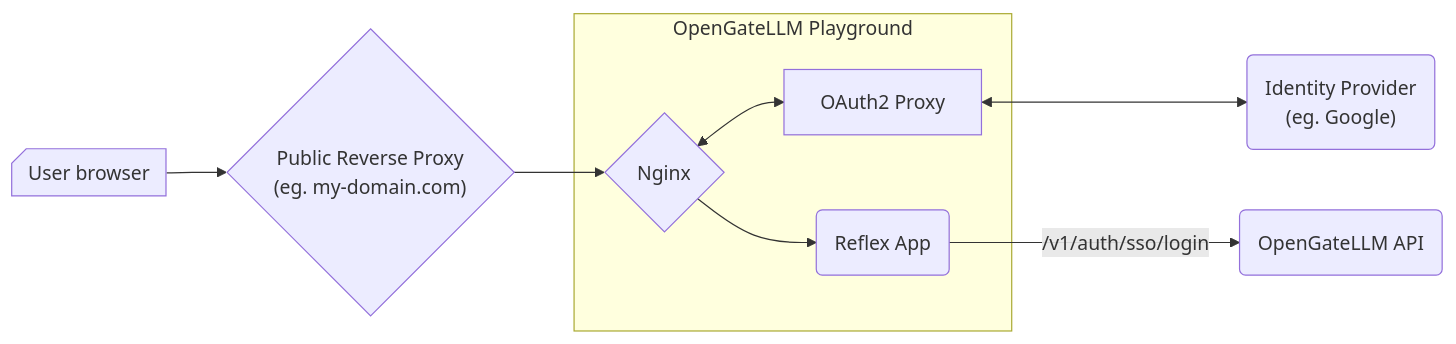
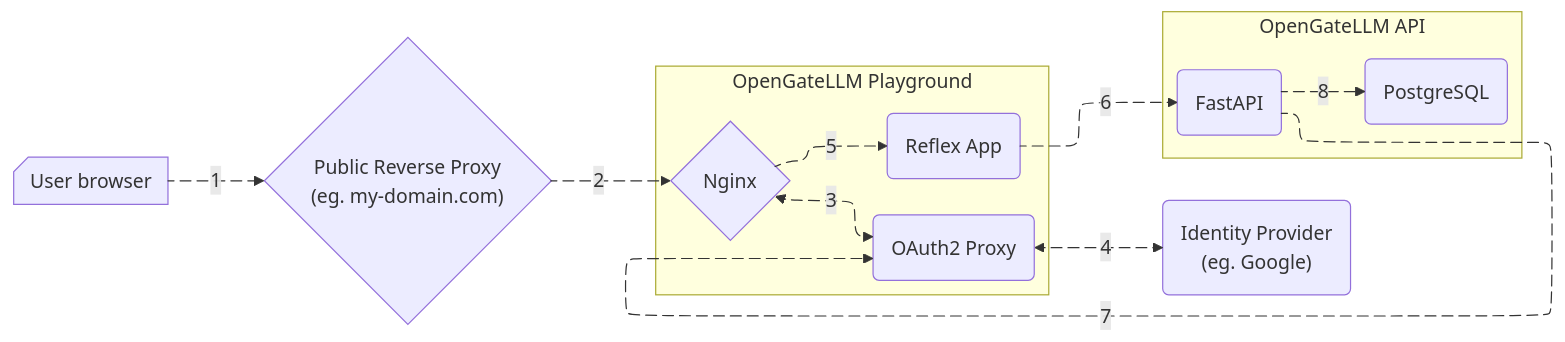
One commit to etalab-ia/OpenGateLLM changed the diagram in docs/src/content/docs/features/sso.mdx. Above: the diagram before and after it, drawn with Mermaid. The commit also changed other lines of this file and 40 other files, not shown here.

````diff
--- a/docs/src/content/docs/features/sso.mdx
+++ b/docs/src/content/docs/features/sso.mdx
@@ -13,21 +16,41 @@
 ```mermaid
+---
+config:
+  layout: elk
+---
 flowchart LR
     user@{ shape: notch-rect, label: "User browser" }
     rp-public{"Public Reverse Proxy<br>(eg. my-domain.com)"}
-    api("OpenGateLLM API")
+
     idp("Identity Provider<br>(eg. Google)")
-    
+
     subgraph playground [OpenGateLLM Playground]
         rp-playground{"Nginx"}
-        reflex("Reflex App")
-          
-        oauth2["OAuth2 Proxy"]    
-        rp-playground <--> oauth2
-        rp-playground --> reflex
+        oauth2("OAuth2 Proxy")
+        reflex("Reflex App")  
+        rp-playground e1@-->|5| reflex
+        rp-playground e2@<-->|3| oauth2
+
     end
 
-    user --> rp-public
-    rp-public --> rp-playground
-    oauth2 <--> idp
-    reflex -->|"/v1/auth/sso/login"| api
+    subgraph api [OpenGateLLM API]
+      fastapi("FastAPI")
+      db("PostgreSQL")
+      reflex e3@-->|6| fastapi
+      fastapi e4@-->|8| db
+    end
+
+    user e5@-->|1| rp-public
+    rp-public e6@-->|2| rp-playground
+    oauth2 e7@<-->|4| idp
+    fastapi e8@-->|7| oauth2
+  
+  e1@{ animation: fast }
+  e2@{ animation: fast }
+  e3@{ animation: fast }
+  e4@{ animation: fast }
+  e5@{ animation: fast }
+  e6@{ animation: fast }
+  e7@{ animation: fast }
+  e8@{ animation: fast }
 ```
````
